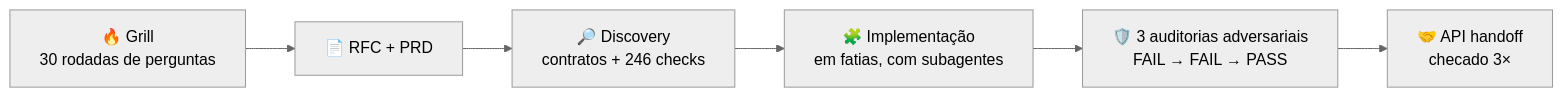
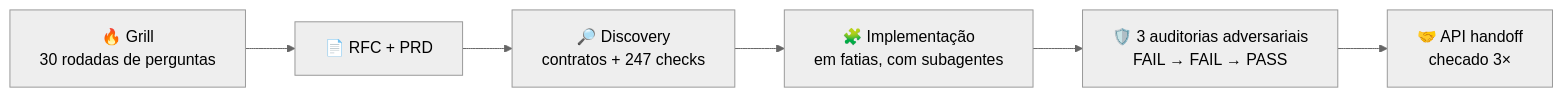
One commit to micaelcf/parcela-mais-case changed the fifth of 6 diagrams in README.md. Above: the diagram before and after it, drawn with Mermaid (neutral theme). The commit also changed other lines of this file and 7 other files, not shown here.

````diff
--- a/README.md
+++ b/README.md
@@ -238,8 +241,8 @@
 ```mermaid
 flowchart LR
     G["🔥 Grill<br/>30 rodadas de perguntas"] --> D["📄 RFC + PRD"]
-    D --> C["🔎 Discovery<br/>contratos + 246 checks"]
+    D --> C["🔎 Discovery<br/>contratos + 247 checks"]
     C --> S["🧩 Implementação<br/>em fatias, com subagentes"]
     S --> A["🛡️ 3 auditorias adversariais<br/>FAIL → FAIL → PASS"]
     A --> H["🤝 API handoff<br/>checado 3×"]
 ```
````
